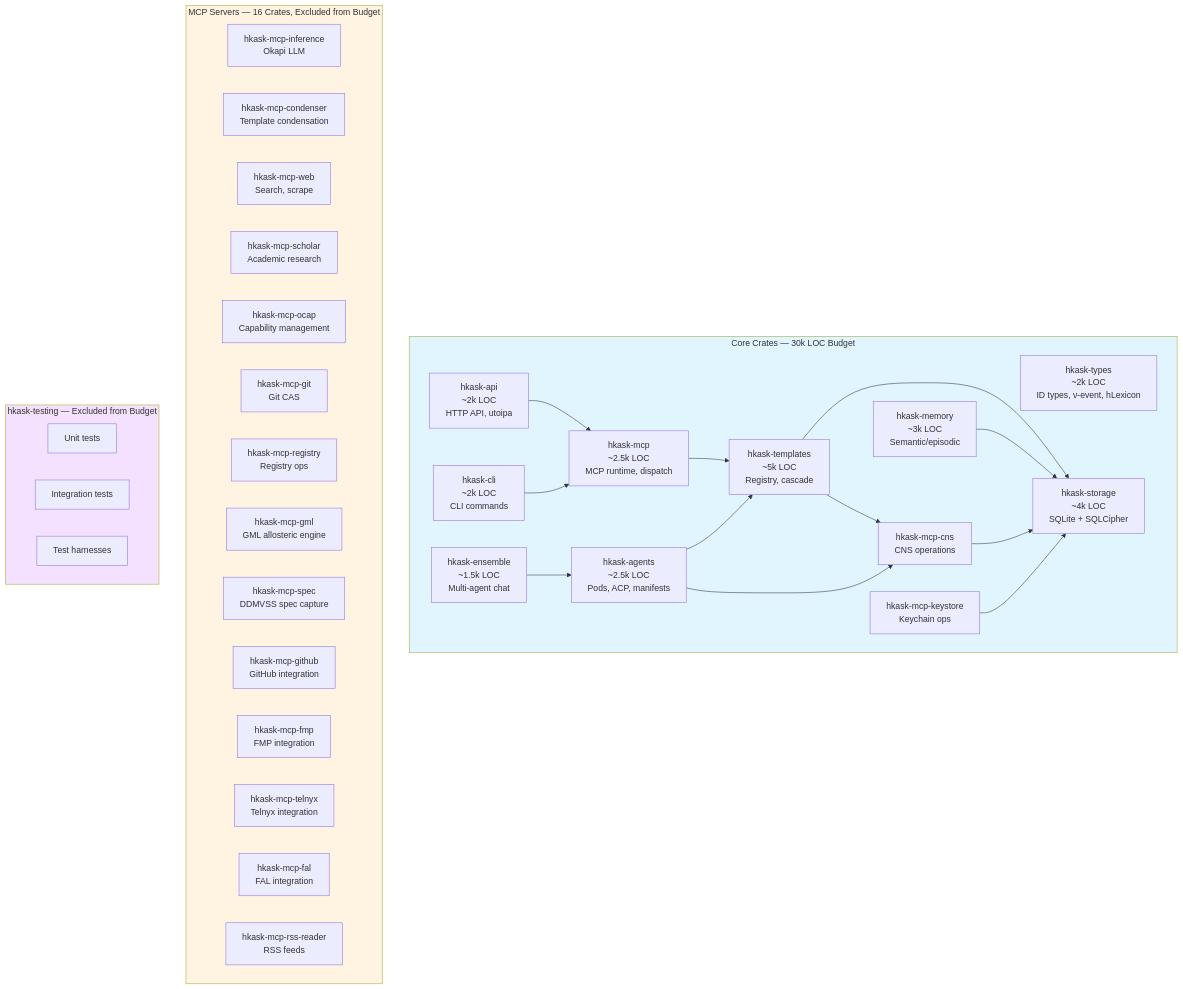
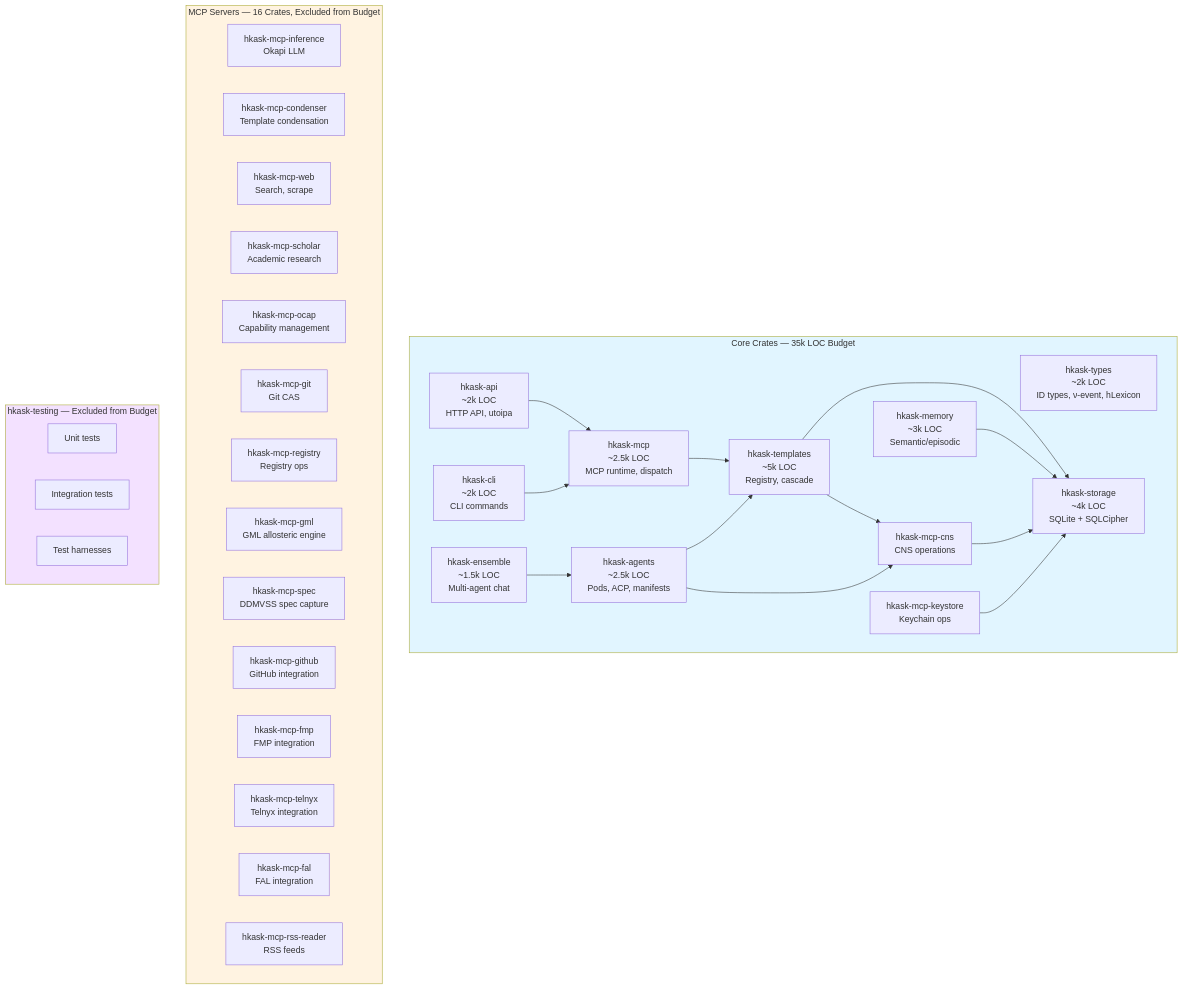
Before and after one commit to mdz-axo/hKask: the first of 4 diagrams in docs/architecture/application-architecture.md, drawn with Mermaid. The commit also changed 16 other files, not shown here.

````diff
--- a/docs/architecture/application-architecture.md
+++ b/docs/architecture/application-architecture.md
@@ -43,57 +43,57 @@
 ```mermaid
 graph TD
-    subgraph Core[Core Crates — 30k LOC Budget]
+    subgraph Core[Core Crates — 35k LOC Budget]
         TYPES[hkask-types<br/>~2k LOC<br/>ID types, ν-event, hLexicon]
         STORAGE[hkask-storage<br/>~4k LOC<br/>SQLite + SQLCipher]
         MEMORY[hkask-memory<br/>~3k LOC<br/>Semantic/episodic]
         CNS[hkask-cns<br/>~2k LOC<br/>Variety counters, alerts]
         TEMPLATES[hkask-templates<br/>~5k LOC<br/>Registry, cascade]
         AGENTS[hkask-agents<br/>~2.5k LOC<br/>Pods, ACP, manifests]
         ENSEMBLE[hkask-ensemble<br/>~1.5k LOC<br/>Multi-agent chat]
         KEYSTORE[hkask-keystore<br/>~1k LOC<br/>OS keychain, AES-GCM]
         MCP[hkask-mcp<br/>~2.5k LOC<br/>MCP runtime, dispatch]
         CLI[hkask-cli<br/>~2k LOC<br/>CLI commands]
         API[hkask-api<br/>~2k LOC<br/>HTTP API, utoipa]
     end
     
     subgraph MCPs[MCP Servers — 16 Crates, Excluded from Budget]
         INFERENCE[hkask-mcp-inference<br/>Okapi LLM]
         CONDENSER[hkask-mcp-condenser<br/>Template condensation]
         WEB[hkask-mcp-web<br/>Search, scrape]
         SCHOLAR[hkask-mcp-scholar<br/>Academic research]
         OCAP[hkask-mcp-ocap<br/>Capability management]
         KEYSTORE[hkask-mcp-keystore<br/>Keychain ops]
         CNS[hkask-mcp-cns<br/>CNS operations]
         GIT[hkask-mcp-git<br/>Git CAS]
         REGISTRY[hkask-mcp-registry<br/>Registry ops]
         GML[hkask-mcp-gml<br/>GML allosteric engine]
         SPEC[hkask-mcp-spec<br/>DDMVSS spec capture]
         GITHUB[hkask-mcp-github<br/>GitHub integration]
         FMP[hkask-mcp-fmp<br/>FMP integration]
         TELNYX[hkask-mcp-telnyx<br/>Telnyx integration]
         FAL[hkask-mcp-fal<br/>FAL integration]
         RSS[hkask-mcp-rss-reader<br/>RSS feeds]
     end
     
     subgraph Testing[hkask-testing — Excluded from Budget]
         UNIT[Unit tests]
         INTEGRATION[Integration tests]
         HARNESSES[Test harnesses]
     end
     
     API --> MCP
     CLI --> MCP
     MCP --> TEMPLATES
     TEMPLATES --> CNS
     TEMPLATES --> STORAGE
     AGENTS --> TEMPLATES
     AGENTS --> CNS
     ENSEMBLE --> AGENTS
     MEMORY --> STORAGE
     CNS --> STORAGE
     KEYSTORE --> STORAGE
     
     style Core fill:#e1f5ff
     style MCPs fill:#fff3e1
     style Testing fill:#f3e1ff
 ```
````
